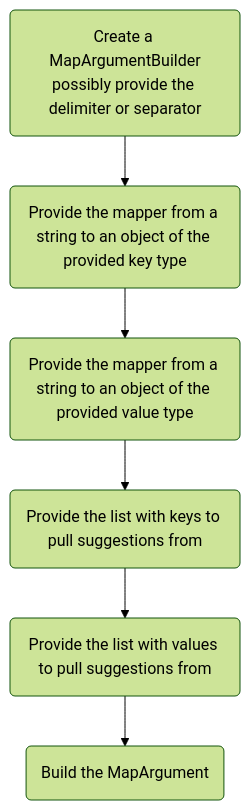
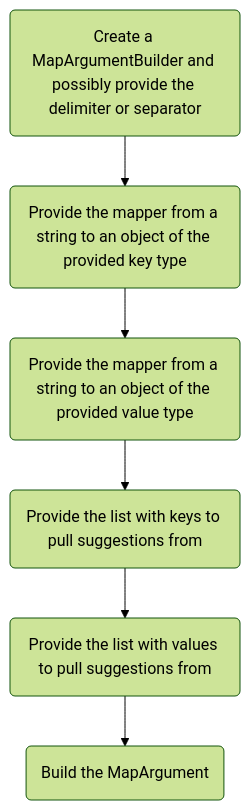
One commit to qheilmann/CommandAPI-docs changed the diagram in docs/en/create-commands/arguments/types/map-arguments.md. Above: the diagram before and after it, drawn with Mermaid (forest theme).

Commit message:
fix: fix a mermaid graph literal

````diff
--- a/docs/en/create-commands/arguments/types/map-arguments.md
+++ b/docs/en/create-commands/arguments/types/map-arguments.md
@@ -18,8 +18,8 @@
 ```mermaid
 graph TD
-    A(Create a MapArgumentBuilder<br/>possibly provide the delimiter or separator) --> B(Provide the mapper from a string to an object of the provided key type)
+    A(Create a MapArgumentBuilder and possibly provide the delimiter or separator) --> B(Provide the mapper from a string to an object of the provided key type)
     B --> C(Provide the mapper from a string to an object of the provided value type)
     C --> D(Provide the list with keys to pull suggestions from)
     D --> E(Provide the list with values to pull suggestions from)
     E --> F(Build the MapArgument)
 ```
````
